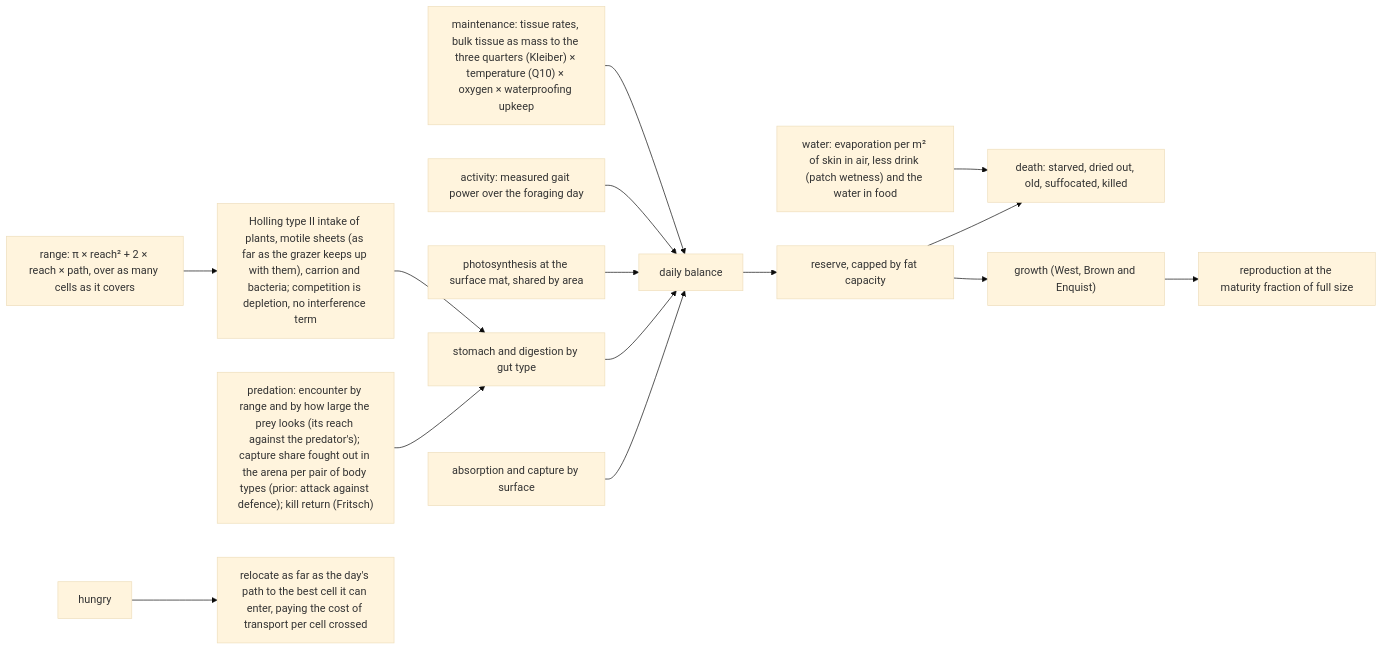
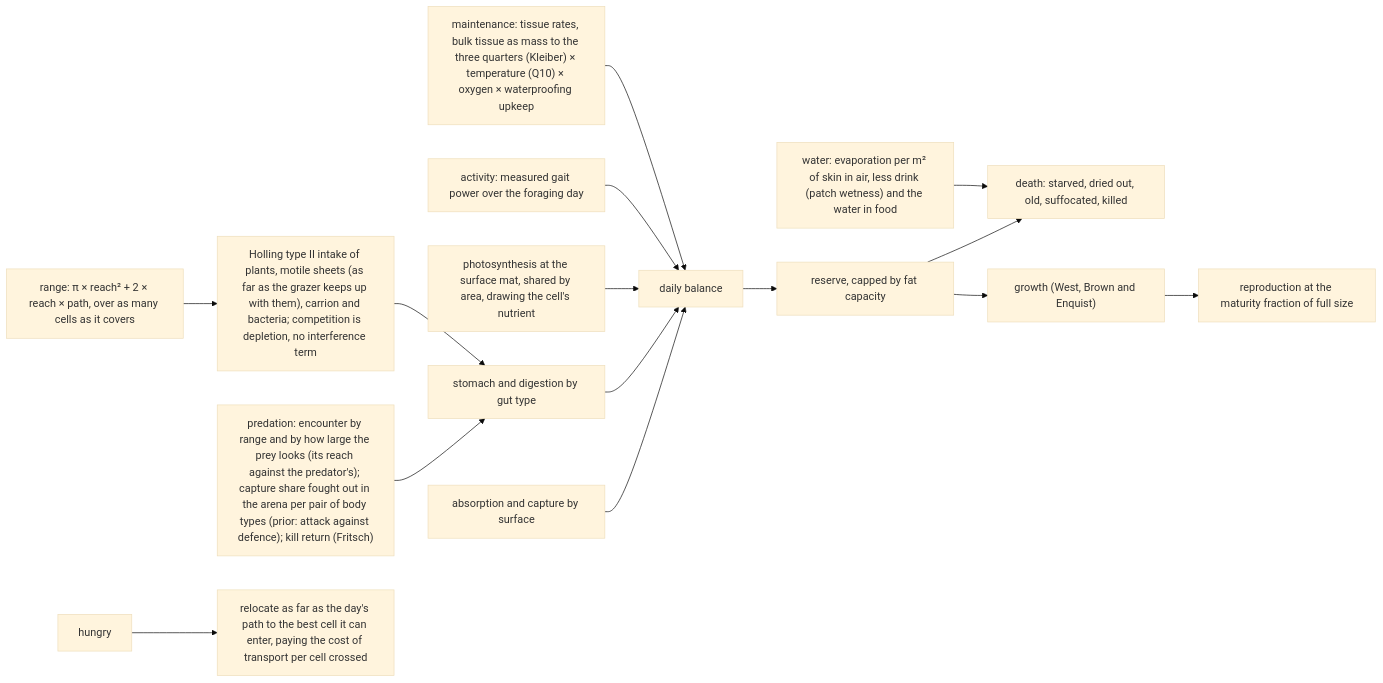
Before and after one commit to Tubbles/evo-planet: the fourth of 5 diagrams in docs/SPEC.md, drawn with Mermaid (base theme). The commit also changed other lines of this file and 1 other file, not shown here.

Commit message:
Spec and notes: conserved nutrient
Claude-Session: https://claude.ai/code/session_01GLWuSyDJjWnuLtzNqxeWCD

````diff
--- a/docs/SPEC.md
+++ b/docs/SPEC.md
@@ -434,17 +434,17 @@
 ```mermaid
 flowchart LR
   MB["maintenance: tissue rates, bulk tissue as mass to the three quarters (Kleiber) × temperature (Q10) × oxygen × waterproofing upkeep"] --> DL[daily balance]
   AC["activity: measured gait power over the foraging day"] --> DL
   WB["water: evaporation per m² of skin in air, less drink (patch wetness) and the water in food"] --> DT
-  PH["photosynthesis at the surface mat, shared by area"] --> DL
+  PH["photosynthesis at the surface mat, shared by area, drawing the cell's nutrient"] --> DL
   RG["range: π × reach² + 2 × reach × path, over as many cells as it covers"] --> FR["Holling type II intake of plants, motile sheets (as far as the grazer keeps up with them), carrion and bacteria; competition is depletion, no interference term"]
   FR --> GT["stomach and digestion by gut type"]
   GT --> DL
   OS["absorption and capture by surface"] --> DL
   PR["predation: encounter by range and by how large the prey looks (its reach against the predator's); capture share fought out in the arena per pair of body types (prior: attack against defence); kill return (Fritsch)"] --> GT
   DL --> RV["reserve, capped by fat capacity"]
   RV --> GW["growth (West, Brown and Enquist)"]
   GW --> RP["reproduction at the maturity fraction of full size"]
   RV --> DT["death: starved, dried out, old, suffocated, killed"]
   HG[hungry] --> MV["relocate as far as the day's path to the best cell it can enter, paying the cost of transport per cell crossed"]
 ```
````
